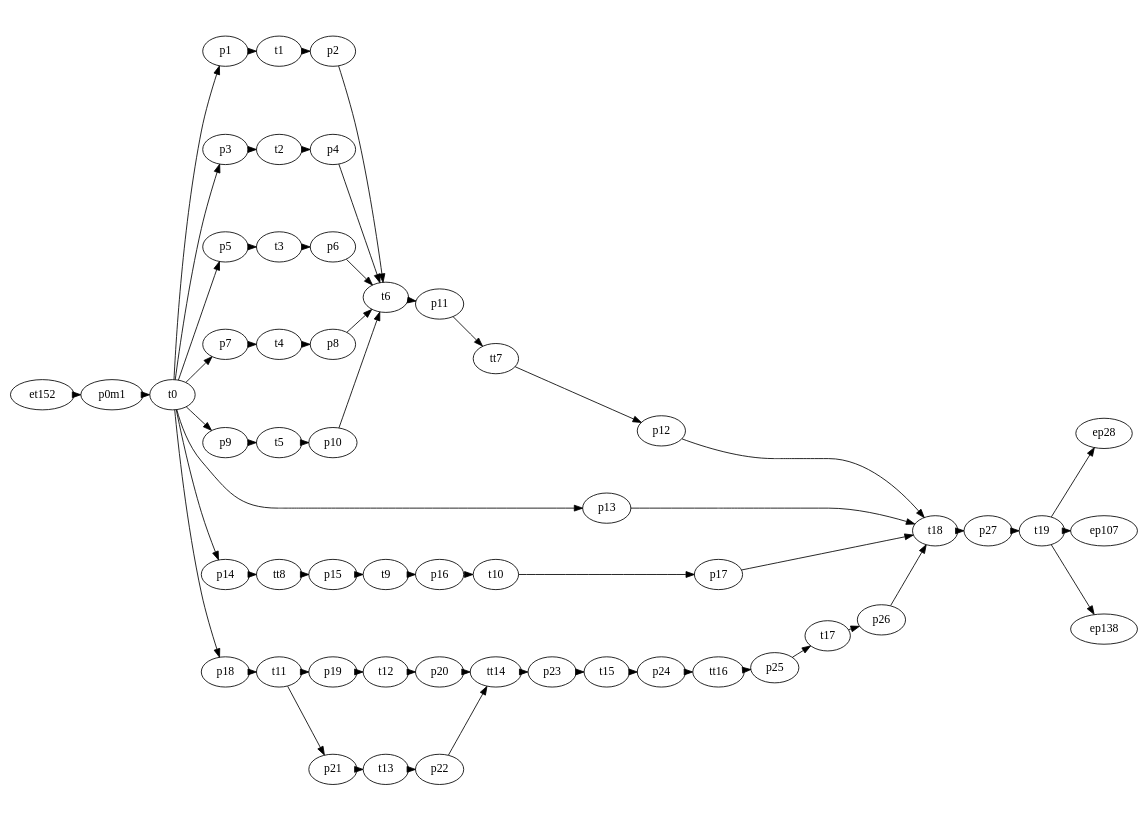
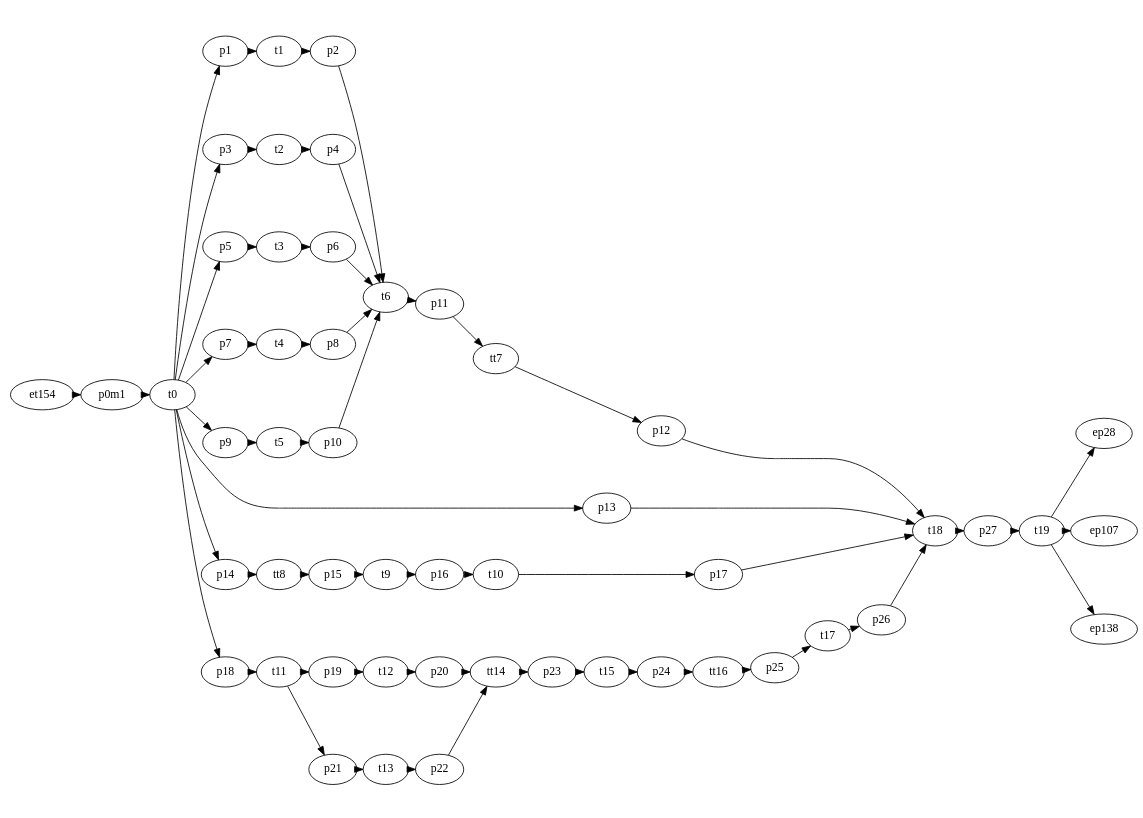
One commit to Accacio/docsTCC changed the diagram in figures/petriNets/dot/1-initialization/initial.dot. Above: the diagram before and after it, drawn with Graphviz. The commit also changed 6 other files, not shown here.

```diff
--- a/figures/petriNets/dot/1-initialization/initial.dot
+++ b/figures/petriNets/dot/1-initialization/initial.dot
@@ -1,149 +1,149 @@
 digraph A {
     # splines = ortho
     rankdir=LR;
     ratio=fill
     graph [pad="0.01", nodesep="0.1", ranksep="0.01"];
     size="11.7,8.3!";
     margin=0;
        
        
 
 
 {rank =same; }
 
 # Modulo inicialização
 
     p0m1
     p1
     p2
     p3
     p4
     p5
     p6
     p7
     p8
     p9
     p10
     p11
     p12
     p13
     p14
     p15
     p16
     p17
     p18
     p19
     p20
     p21
     p22
     p23
     p24
     p25
     p26
     p27
 
     t0
     t1
     t2
     t3
     t4
     t5
     t6
     tt7
     tt8
     t9
     t10
     t11
     t12
     t13
     tt14
     t15
     tt16
     t17
     t18
     t19
 
 # subgraph cluster_1 {
 #   # label="Initialization";
 #   labelloc = b
 #   style="dashed"
 #   color="red"
 #   # pre
 
   p0m1 -> t0
 
   p1 -> t1
   p2 -> t6
   p3 -> t2
   p4 -> t6
   p5 -> t3
   p6 -> t6
   p7 -> t4
   p8 -> t6
   p9 -> t5
   p10 -> t6
   p11 -> tt7
   p12 -> t18
 
   p13 -> t18
 
   p14 -> tt8
   p15 -> t9
   p16 -> t10
   p17 -> t18
 
   p18 -> t11
   p19 -> t12
   p20 -> tt14
   p21 -> t13
   p22 -> tt14
   p23 -> t15
   p24 -> tt16
   p25 -> t17
   p26 -> t18
   p27 -> t19
 # pos
 
   t0 -> p1
   t0 -> p3
   t0 -> p5
   t0 -> p7
   t0 -> p9
   t0 -> p13
   t0 -> p14
   t0 -> p18
 
   t1 -> p2
   t2 -> p4
   t3 -> p6
   t4 -> p8
   t5 -> p10
   t6 -> p11
   tt7 -> p12
 
   tt8 -> p15
   t9 -> p16
   t10 -> p17
 
   t11 -> p19
   t11 -> p21
   t12 -> p20
   t13 -> p22
   tt14 -> p23
   t15 -> p24
   tt16 -> p25
   t17 -> p26
   t18 -> p27
 
 # }
 ep28
 ep107
 ep138
-et152
+et154
 
 
 t19 -> ep28
 t19 -> ep107
 t19 -> ep138
-et152 -> p0m1
+et154 -> p0m1
 }
```
